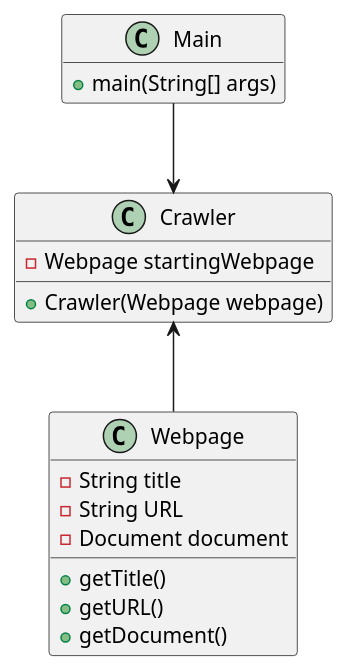
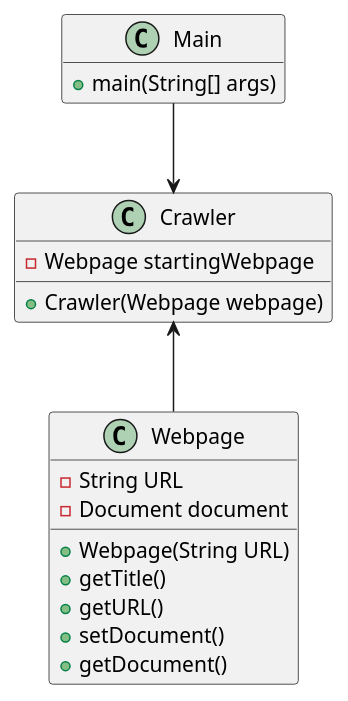
The diagram in uml/wikipedia-philosophy.puml (RyanTurner02/wikipedia-philosophy), drawn with PlantUML before and after one commit. The commit also changed 2 other files, not shown here.

Commit message:
Get the document and its information when a URL is passed

```diff
--- a/uml/wikipedia-philosophy.puml
+++ b/uml/wikipedia-philosophy.puml
@@ -1,28 +1,29 @@
 @startuml
 
 class Main {
     + main(String[] args)
 }
 
 class Crawler {
     - Webpage startingWebpage
 
     + Crawler(Webpage webpage)
 }
 
 class Webpage {
-    - String title
     - String URL
     - Document document
 
+    + Webpage(String URL)
     + getTitle()
     + getURL()
+    + setDocument()
     + getDocument()
 }
 
 Main --> Crawler
 Crawler <-- Webpage
 
 hide Main fields
 
 @enduml
```
